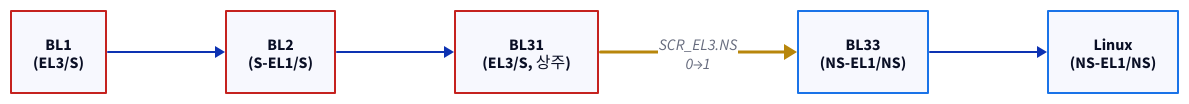
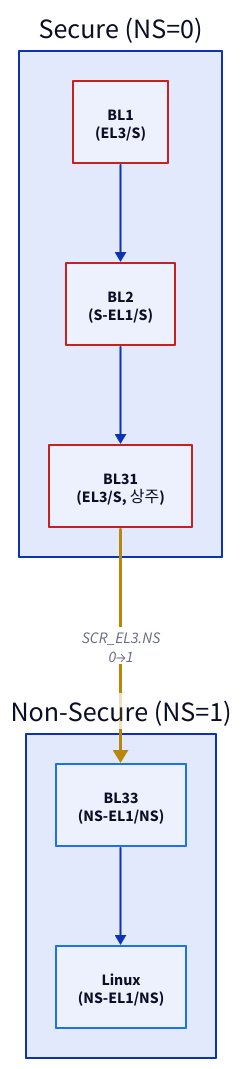
Before and after one commit to humbleowl39/DV_SKOOL: the tenth of 10 diagrams in topics/arm_security/docs/02_world_switch_soc_infra.md, drawn with D2. The commit also changed other lines of this file and 90 other files, not shown here.

First line of the commit message:
docs: 전 토픽 다이어그램 정비 — ASCII→D2, mermaid→D2, 과대 D2 가시성 수정

````diff
--- a/topics/arm_security/docs/02_world_switch_soc_infra.md
+++ b/topics/arm_security/docs/02_world_switch_soc_infra.md
@@ -535,13 +537,18 @@
 ```d2
-direction: right
-BL1: "BL1\n(EL3/S)" { style.stroke: "#c5221f"; style.stroke-width: 2 }
-BL2: "BL2\n(S-EL1/S)" { style.stroke: "#c5221f"; style.stroke-width: 2 }
-BL31: "BL31\n(EL3/S, 상주)" { style.stroke: "#c5221f"; style.stroke-width: 2 }
-BL33: "BL33\n(NS-EL1/NS)" { style.stroke: "#1a73e8"; style.stroke-width: 2 }
-Linux: "Linux\n(NS-EL1/NS)" { style.stroke: "#1a73e8"; style.stroke-width: 2 }
-
-BL1 -> BL2
-BL2 -> BL31
-BL31 -> BL33: "SCR_EL3.NS\n0→1" { style.stroke: "#b8860b"; style.stroke-width: 3 }
-BL33 -> Linux
+direction: down
+S: "Secure (NS=0)" {
+  direction: right
+  BL1: "BL1\n(EL3/S)" { style.stroke: "#c5221f"; style.stroke-width: 2 }
+  BL2: "BL2\n(S-EL1/S)" { style.stroke: "#c5221f"; style.stroke-width: 2 }
+  BL31: "BL31\n(EL3/S, 상주)" { style.stroke: "#c5221f"; style.stroke-width: 2 }
+  BL1 -> BL2
+  BL2 -> BL31
+}
+NS: "Non-Secure (NS=1)" {
+  direction: right
+  BL33: "BL33\n(NS-EL1/NS)" { style.stroke: "#1a73e8"; style.stroke-width: 2 }
+  Linux: "Linux\n(NS-EL1/NS)" { style.stroke: "#1a73e8"; style.stroke-width: 2 }
+  BL33 -> Linux
+}
+S.BL31 -> NS.BL33: "SCR_EL3.NS\n0→1" { style.stroke: "#b8860b"; style.stroke-width: 3 }
 ```
````
